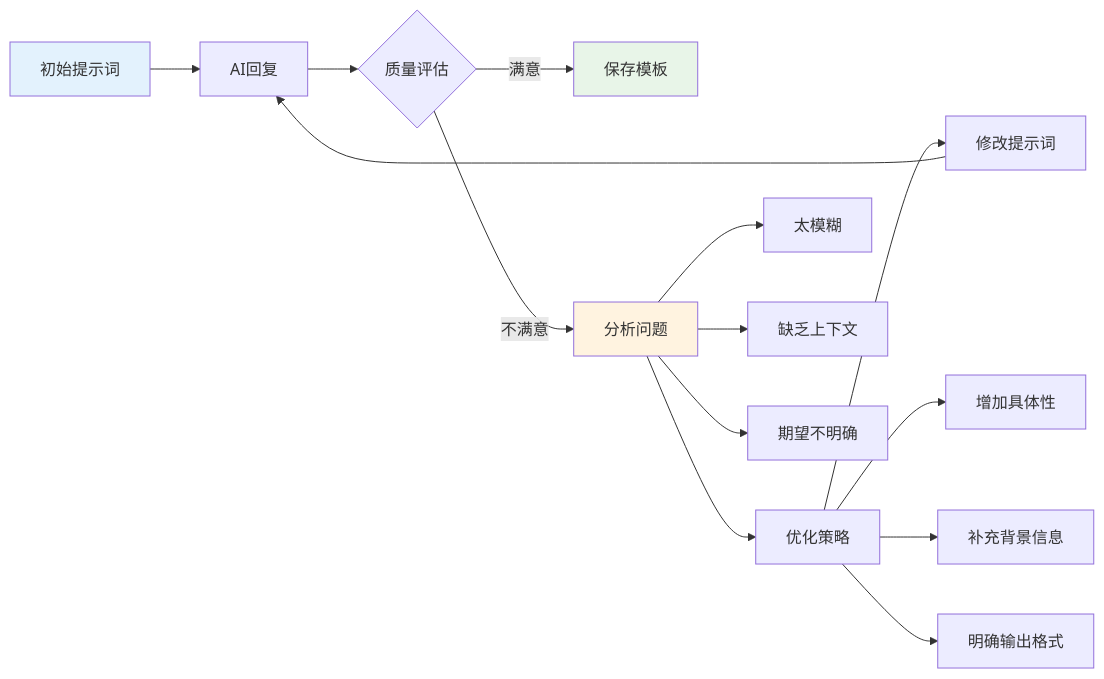
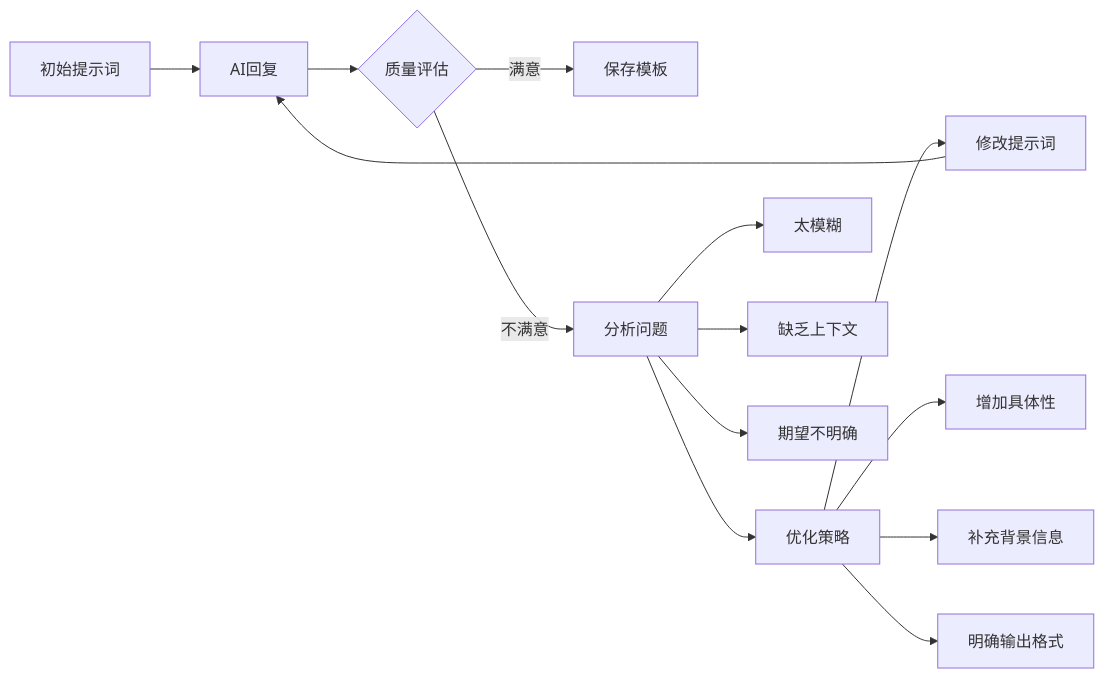
One commit to ChanMeng666/ai-programming-teaching-project changed the third of 7 diagrams in versioned_docs/version-2024-winter/basics/prompt-engineering.mdx. Above: the diagram before and after it, drawn with Mermaid. The commit also changed other lines of this file and 94 other files, not shown here.

First line of the commit message:
refactor(docs): unify MDX style and add Mermaid dual-view component

````diff
--- a/versioned_docs/version-2024-winter/basics/prompt-engineering.mdx
+++ b/versioned_docs/version-2024-winter/basics/prompt-engineering.mdx
@@ -613,22 +105,18 @@
 ```mermaid
 flowchart LR
     A[初始提示词] --> B[AI回复]
     B --> C{质量评估}
     C -->|满意| D[保存模板]
     C -->|不满意| E[分析问题]
     E --> F[优化策略]
     F --> G[修改提示词]
     G --> B
     
     E --> E1[太模糊]
     E --> E2[缺乏上下文]
     E --> E3[期望不明确]
     
     F --> F1[增加具体性]
     F --> F2[补充背景信息]
     F --> F3[明确输出格式]
-    
-    style A fill:#e3f2fd
-    style D fill:#e8f5e8
-    style E fill:#fff3e0
 ```
````
